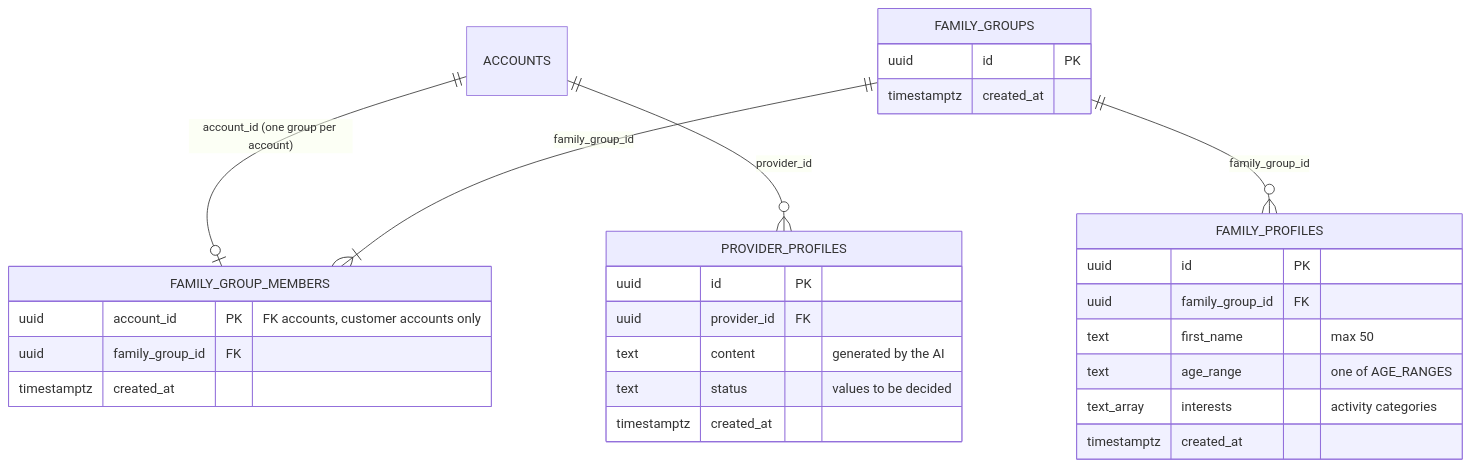
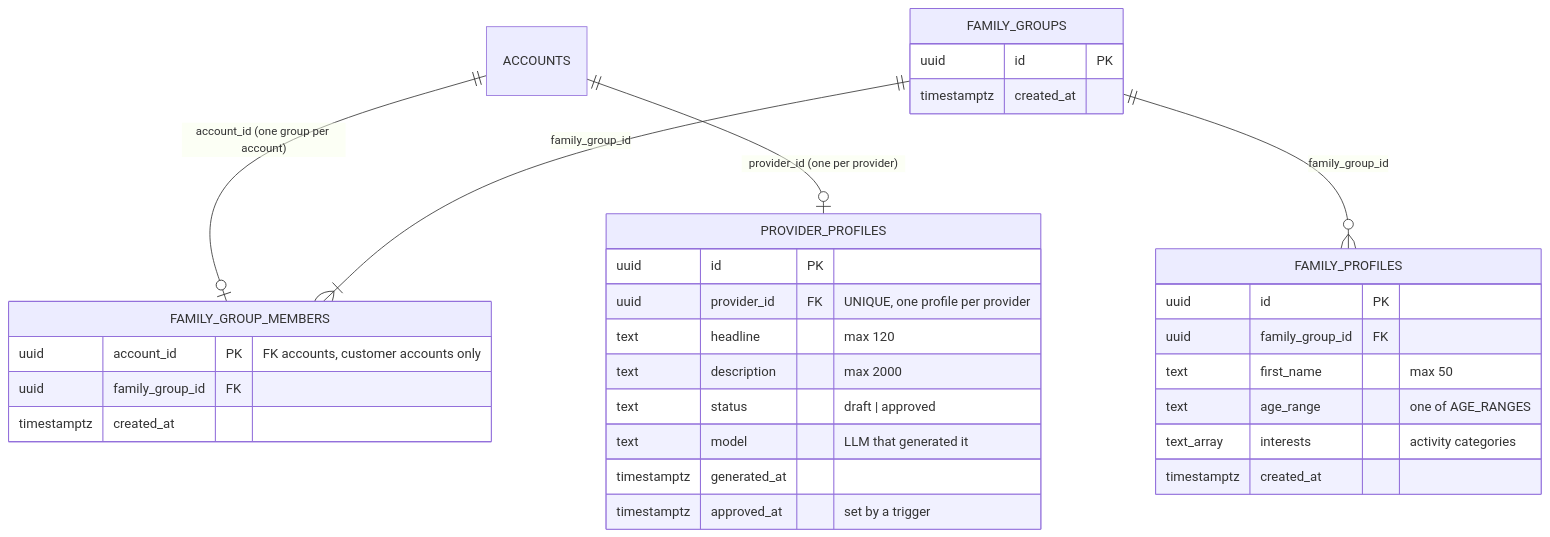
One commit to ednasolans/AfterBell changed the second of 2 diagrams in docs/decisions/database.md. Above: the diagram before and after it, drawn with Mermaid. The commit also changed other lines of this file and 4 other files, not shown here.

````diff
--- a/docs/decisions/database.md
+++ b/docs/decisions/database.md
@@ -88,32 +80,35 @@
 ```mermaid
 erDiagram
     ACCOUNTS ||--o| FAMILY_GROUP_MEMBERS : "account_id (one group per account)"
     FAMILY_GROUPS ||--|{ FAMILY_GROUP_MEMBERS : "family_group_id"
     FAMILY_GROUPS ||--o{ FAMILY_PROFILES : "family_group_id"
-    ACCOUNTS ||--o{ PROVIDER_PROFILES : "provider_id"
+    ACCOUNTS ||--o| PROVIDER_PROFILES : "provider_id (one per provider)"
 
     FAMILY_GROUPS {
         uuid id PK
         timestamptz created_at
     }
     FAMILY_GROUP_MEMBERS {
         uuid account_id PK "FK accounts, customer accounts only"
         uuid family_group_id FK
         timestamptz created_at
     }
     FAMILY_PROFILES {
         uuid id PK
         uuid family_group_id FK
         text first_name "max 50"
         text age_range "one of AGE_RANGES"
         text_array interests "activity categories"
         timestamptz created_at
     }
     PROVIDER_PROFILES {
         uuid id PK
-        uuid provider_id FK
-        text content "generated by the AI"
-        text status "values to be decided"
-        timestamptz created_at
+        uuid provider_id FK "UNIQUE, one profile per provider"
+        text headline "max 120"
+        text description "max 2000"
+        text status "draft | approved"
+        text model "LLM that generated it"
+        timestamptz generated_at
+        timestamptz approved_at "set by a trigger"
     }
 ```
````
